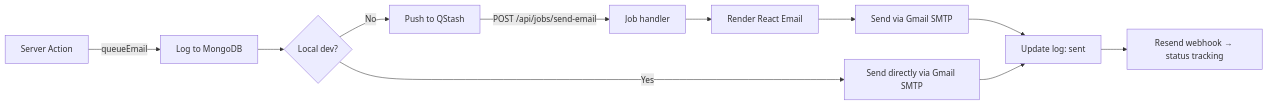
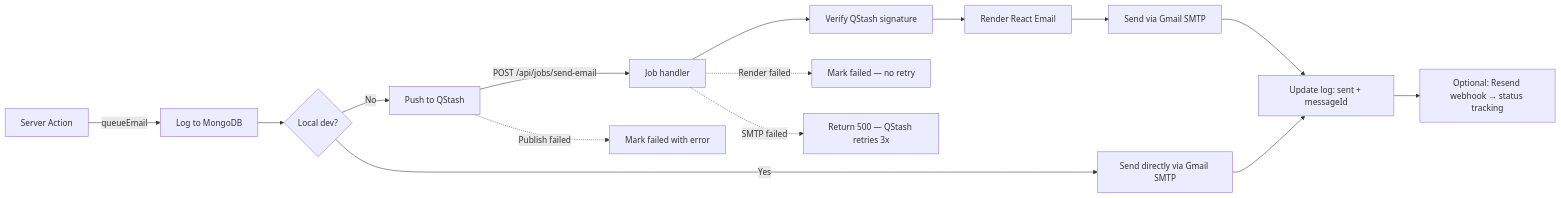
Before and after one commit to zainshah3464/vestior-store: the fifth of 13 diagrams in README.md, drawn with Mermaid. The commit also changed other lines of this file and 50 other files, not shown here.

````diff
--- a/README.md
+++ b/README.md
@@ -750,13 +1000,18 @@
 ```mermaid
 flowchart LR
     A[Server Action] -->|queueEmail| B[Log to MongoDB]
     B --> C{Local dev?}
     C -->|Yes| D[Send directly via Gmail SMTP]
     C -->|No| E[Push to QStash]
     E -->|POST /api/jobs/send-email| F[Job handler]
-    F --> G[Render React Email]
-    G --> H[Send via Gmail SMTP]
-    H --> I[Update log: sent]
-    D --> I
-    I --> J[Resend webhook → status tracking]
+    F --> G[Verify QStash signature]
+    G --> H[Render React Email]
+    H --> I[Send via Gmail SMTP]
+    I --> J[Update log: sent + messageId]
+    D --> J
+    J --> K[Optional: Resend webhook → status tracking]
+    
+    F -.->|Render failed| L[Mark failed — no retry]
+    F -.->|SMTP failed| M[Return 500 — QStash retries 3x]
+    E -.->|Publish failed| N[Mark failed with error]
 ```
````
